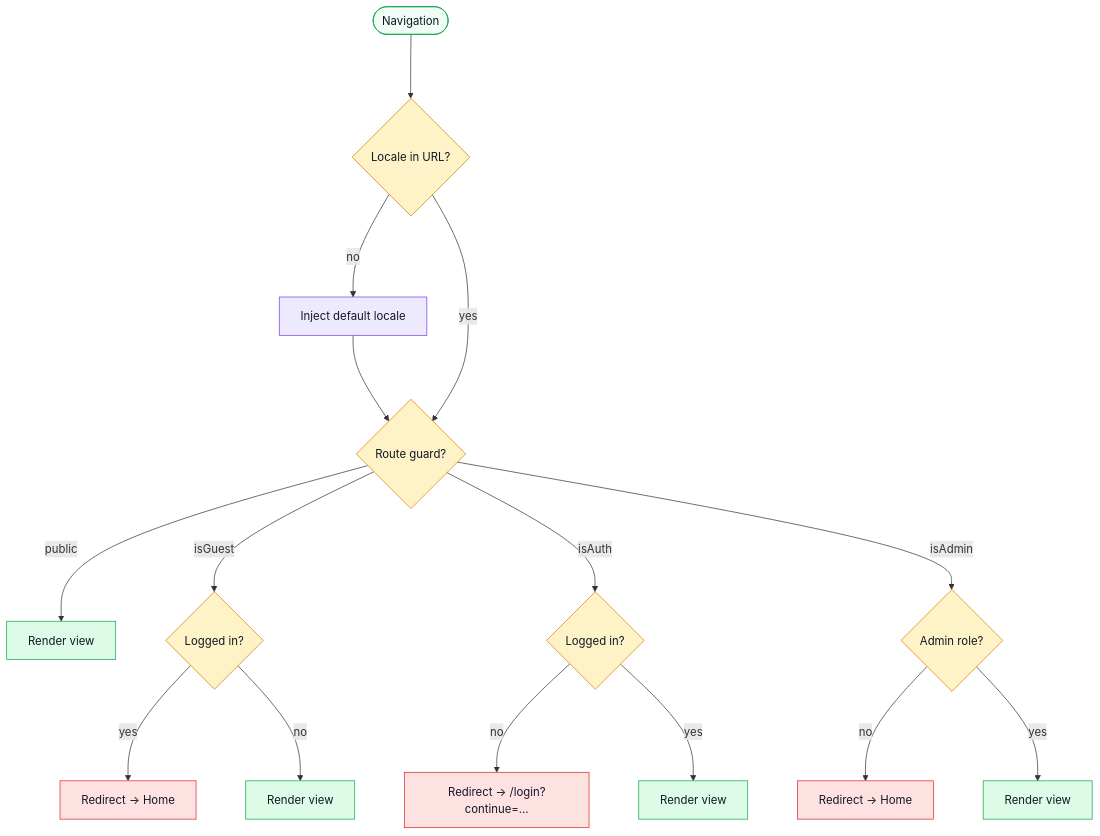
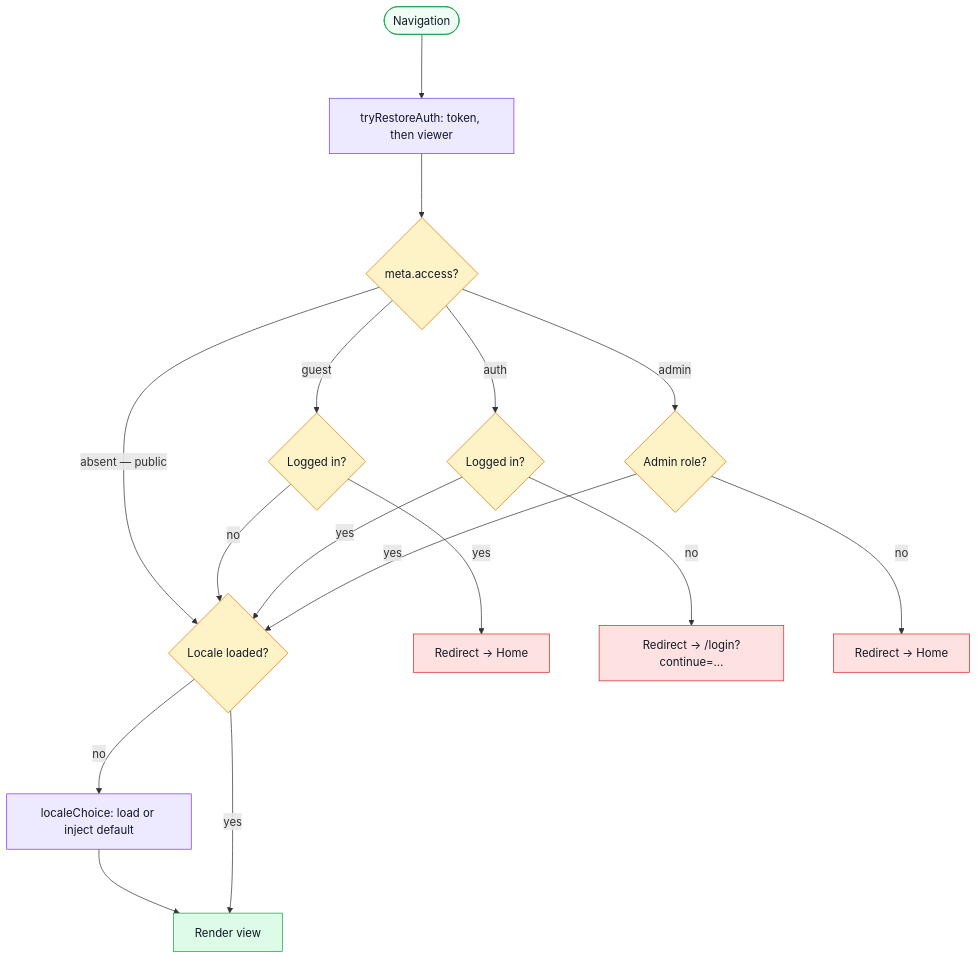
The diagram in docs/theory/sitemap.md (Guebbit/boilerplate-vue-frontend), drawn with Mermaid before and after one commit. The commit also changed other lines of this file and 12 other files, not shown here.

````diff
--- a/docs/theory/sitemap.md
+++ b/docs/theory/sitemap.md
@@ -47,34 +57,36 @@
 ```mermaid
 %%{init: {'flowchart': {'nodeSpacing': 70, 'rankSpacing': 90}}}%%
 flowchart TD
-    Nav([Navigation]) --> Locale{Locale in URL?}
-    Locale -- no --> Inject[Inject default locale]
-    Inject --> Guard
-    Locale -- yes --> Guard{Route guard?}
+    Nav([Navigation]) --> Restore[tryRestoreAuth: token, then viewer]
+    Restore --> Guard{meta.access?}
 
-    Guard -->|public| View[Render view]
+    Guard -->|absent — public| Locale
 
-    Guard -->|isGuest| GuestCheck{Logged in?}
+    Guard -->|guest| GuestCheck{Logged in?}
     GuestCheck -- yes --> GuestHome[Redirect → Home]
-    GuestCheck -- no --> GuestView[Render view]
+    GuestCheck -- no --> Locale
 
-    Guard -->|isAuth| AuthCheck{Logged in?}
+    Guard -->|auth| AuthCheck{Logged in?}
     AuthCheck -- no --> AuthLogin[Redirect → /login?continue=…]
-    AuthCheck -- yes --> AuthView[Render view]
+    AuthCheck -- yes --> Locale
 
-    Guard -->|isAdmin| AdminCheck{Admin role?}
+    Guard -->|admin| AdminCheck{Admin role?}
     AdminCheck -- no --> AdminHome[Redirect → Home]
-    AdminCheck -- yes --> AdminView[Render view]
+    AdminCheck -- yes --> Locale
+
+    Locale{Locale loaded?} -- no --> Inject[localeChoice: load or inject default]
+    Inject --> View[Render view]
+    Locale -- yes --> View
 
     classDef entry fill:#f0fdf4,stroke:#16a34a,color:#111827;
     classDef decision fill:#fef3c7,stroke:#d97706,color:#111827;
-    classDef middleware fill:#ede9fe,stroke:#7c3aed,color:#111827;
+    classDef guard fill:#ede9fe,stroke:#7c3aed,color:#111827;
     classDef success fill:#dcfce7,stroke:#16a34a,color:#111827;
     classDef redirect fill:#fee2e2,stroke:#dc2626,color:#111827;
 
     class Nav entry;
-    class Locale,Guard,GuestCheck,AuthCheck,AdminCheck decision;
-    class Inject middleware;
-    class View,GuestView,AuthView,AdminView success;
+    class Guard,GuestCheck,AuthCheck,AdminCheck,Locale decision;
+    class Restore,Inject guard;
+    class View success;
     class GuestHome,AdminHome,AuthLogin redirect;
 ```
````
